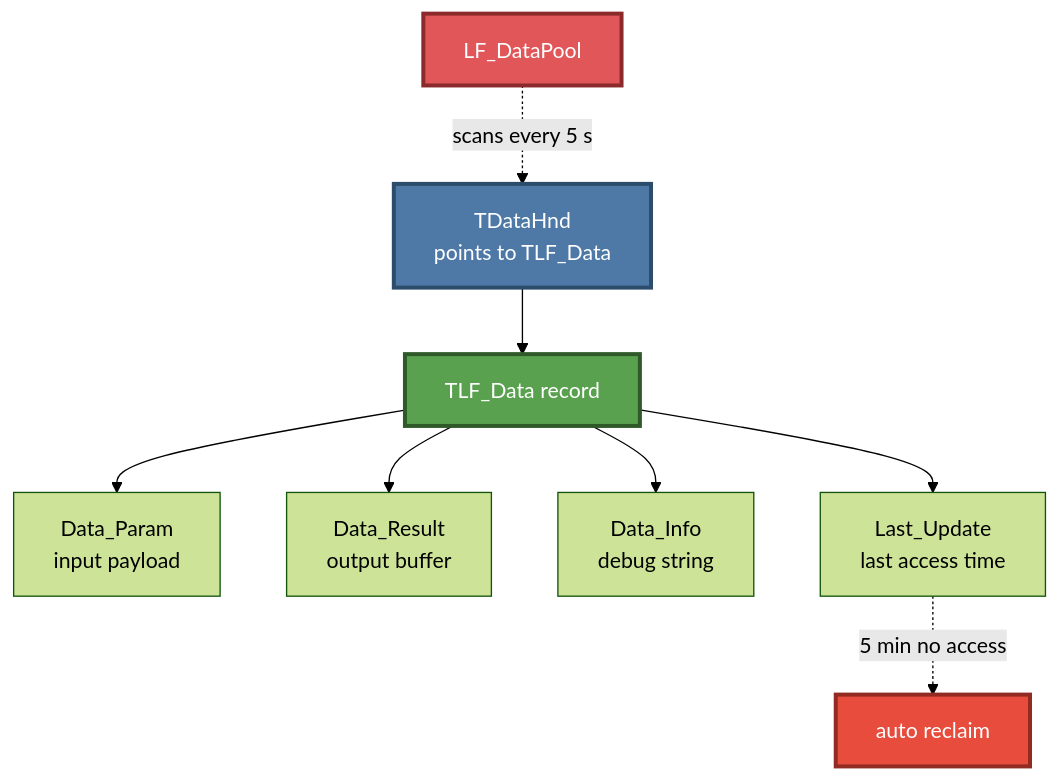
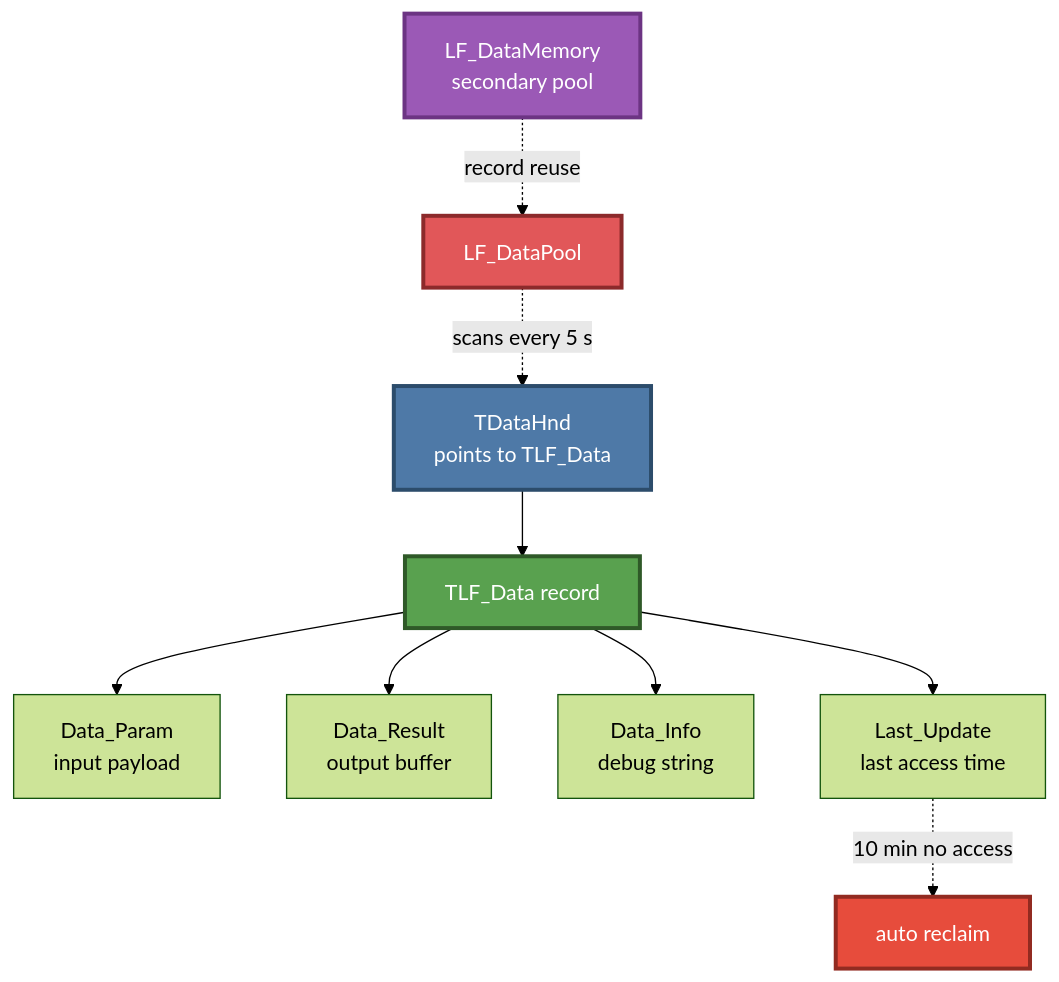
Before and after one commit to PassByYou888/LingoFuse: the ninth of 26 diagrams in cpp/LingoFuse_Cpp_Knowledge_Base.md, drawn with Mermaid (forest theme). The commit also changed other lines of this file and 111 other files, not shown here.

````diff
--- a/cpp/LingoFuse_Cpp_Knowledge_Base.md
+++ b/cpp/LingoFuse_Cpp_Knowledge_Base.md
@@ -396,16 +421,18 @@
 ```mermaid
 flowchart TB
     HND["TDataHnd<br/>points to TLF_Data"] --> DATA["TLF_Data record"]
     DATA --> DP["Data_Param<br/>input payload"]
     DATA --> DR["Data_Result<br/>output buffer"]
     DATA --> DI["Data_Info<br/>debug string"]
     DATA --> LT["Last_Update<br/>last access time"]
 
     POOL["LF_DataPool"] -.->|"scans every 5 s"| HND
-    LT -.->|"5 min no access"| RECYCLE["auto reclaim"]
+    LT -.->|"10 min no access"| RECYCLE["auto reclaim"]
+    MEM["LF_DataMemory<br/>secondary pool"] -.->|"record reuse"| POOL
 
     style HND fill:#4E79A7,stroke:#2C4C6B,stroke-width:3px,color:#FFFFFF
     style DATA fill:#59A14F,stroke:#2F5928,stroke-width:3px,color:#FFFFFF
     style POOL fill:#E15759,stroke:#8C2A2B,stroke-width:3px,color:#FFFFFF
     style RECYCLE fill:#E74C3C,stroke:#922B21,stroke-width:3px,color:#FFFFFF
+    style MEM fill:#9B59B6,stroke:#6C3483,stroke-width:3px,color:#FFFFFF
 ```
````
